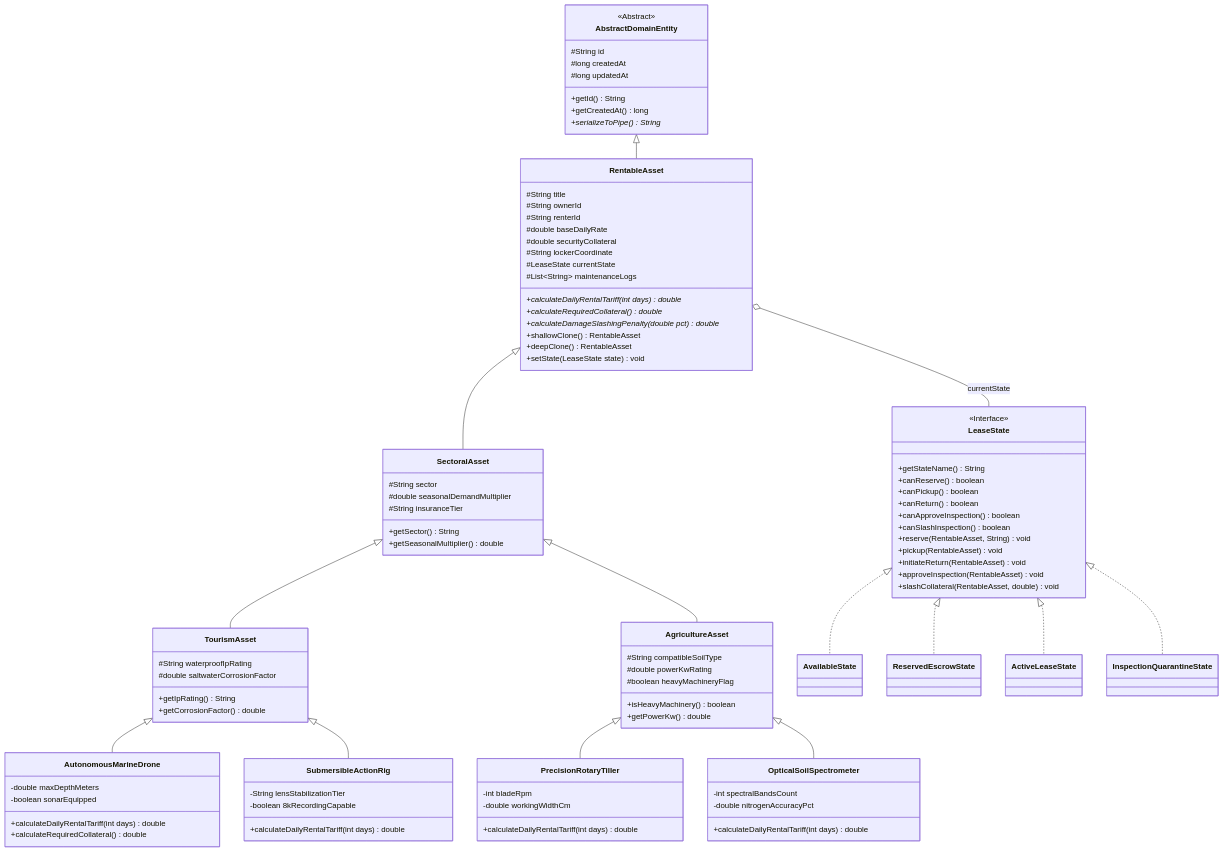
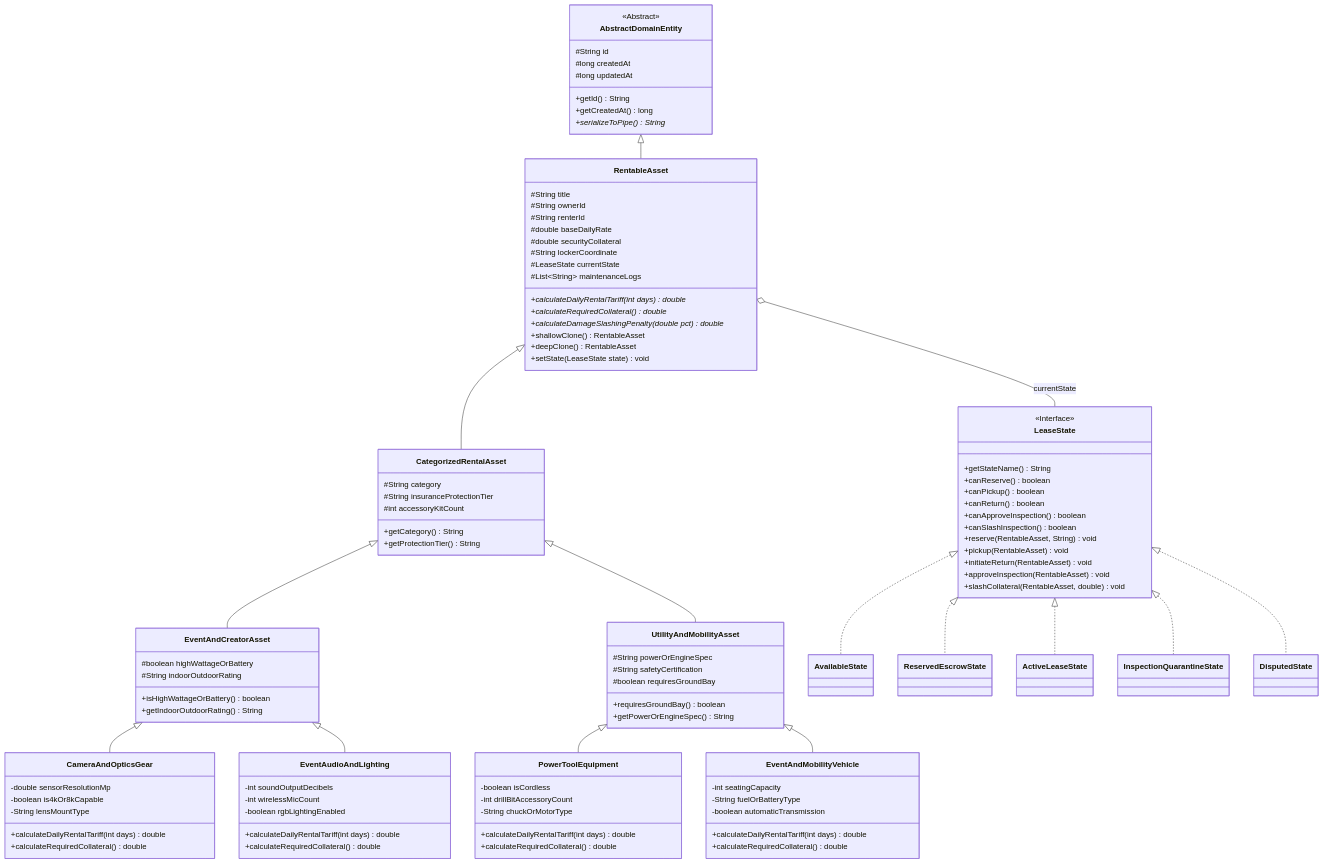
Before and after one commit to mohammed2664/Mini-Project: the second of 5 diagrams in docs/UML_DIAGRAMS.md, drawn with Mermaid. The commit also changed other lines of this file and 32 other files, not shown here.

````diff
--- a/docs/UML_DIAGRAMS.md
+++ b/docs/UML_DIAGRAMS.md
@@ -90,54 +90,61 @@
     }
 
     %% Tier 3
-    class SectoralAsset {
-        #String sector
-        #double seasonalDemandMultiplier
-        #String insuranceTier
-        +getSector() String
-        +getSeasonalMultiplier() double
+    class CategorizedRentalAsset {
+        #String category
+        #String insuranceProtectionTier
+        #int accessoryKitCount
+        +getCategory() String
+        +getProtectionTier() String
     }
 
     %% Tier 4
-    class TourismAsset {
-        #String waterproofIpRating
-        #double saltwaterCorrosionFactor
-        +getIpRating() String
-        +getCorrosionFactor() double
+    class EventAndCreatorAsset {
+        #boolean highWattageOrBattery
+        #String indoorOutdoorRating
+        +isHighWattageOrBattery() boolean
+        +getIndoorOutdoorRating() String
     }
 
-    class AgricultureAsset {
-        #String compatibleSoilType
-        #double powerKwRating
-        #boolean heavyMachineryFlag
-        +isHeavyMachinery() boolean
-        +getPowerKw() double
+    class UtilityAndMobilityAsset {
+        #String powerOrEngineSpec
+        #String safetyCertification
+        #boolean requiresGroundBay
+        +requiresGroundBay() boolean
+        +getPowerOrEngineSpec() String
     }
 
     %% Tier 5 Concrete Leaves
-    class AutonomousMarineDrone {
-        -double maxDepthMeters
-        -boolean sonarEquipped
+    class CameraAndOpticsGear {
+        -double sensorResolutionMp
+        -boolean is4kOr8kCapable
+        -String lensMountType
         +calculateDailyRentalTariff(int days) double
         +calculateRequiredCollateral() double
     }
 
-    class SubmersibleActionRig {
-        -String lensStabilizationTier
-        -boolean 8kRecordingCapable
+    class EventAudioAndLighting {
+        -int soundOutputDecibels
+        -int wirelessMicCount
+        -boolean rgbLightingEnabled
         +calculateDailyRentalTariff(int days) double
+        +calculateRequiredCollateral() double
     }
 
-    class PrecisionRotaryTiller {
-        -int bladeRpm
-        -double workingWidthCm
+    class PowerToolEquipment {
+        -boolean isCordless
+        -int drillBitAccessoryCount
+        -String chuckOrMotorType
         +calculateDailyRentalTariff(int days) double
+        +calculateRequiredCollateral() double
     }
 
-    class OpticalSoilSpectrometer {
-        -int spectralBandsCount
-        -double nitrogenAccuracyPct
+    class EventAndMobilityVehicle {
+        -int seatingCapacity
+        -String fuelOrBatteryType
+        -boolean automaticTransmission
         +calculateDailyRentalTariff(int days) double
+        +calculateRequiredCollateral() double
     }
 
     %% GoF State Pattern
@@ -160,23 +167,25 @@
     class ReservedEscrowState
     class ActiveLeaseState
     class InspectionQuarantineState
+    class DisputedState
 
     %% Inheritance Relationships
     AbstractDomainEntity <|-- RentableAsset
-    RentableAsset <|-- SectoralAsset
-    SectoralAsset <|-- TourismAsset
-    SectoralAsset <|-- AgricultureAsset
+    RentableAsset <|-- CategorizedRentalAsset
+    CategorizedRentalAsset <|-- EventAndCreatorAsset
+    CategorizedRentalAsset <|-- UtilityAndMobilityAsset
 
-    TourismAsset <|-- AutonomousMarineDrone
-    TourismAsset <|-- SubmersibleActionRig
+    EventAndCreatorAsset <|-- CameraAndOpticsGear
+    EventAndCreatorAsset <|-- EventAudioAndLighting
 
-    AgricultureAsset <|-- PrecisionRotaryTiller
-    AgricultureAsset <|-- OpticalSoilSpectrometer
+    UtilityAndMobilityAsset <|-- PowerToolEquipment
+    UtilityAndMobilityAsset <|-- EventAndMobilityVehicle
 
     %% State Pattern Realizations & Association
     LeaseState <|.. AvailableState
     LeaseState <|.. ReservedEscrowState
     LeaseState <|.. ActiveLeaseState
     LeaseState <|.. InspectionQuarantineState
+    LeaseState <|.. DisputedState
     RentableAsset o-- LeaseState : currentState
 ```
````
